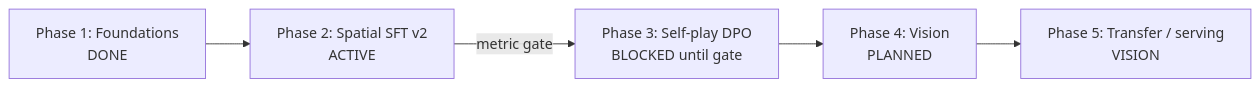
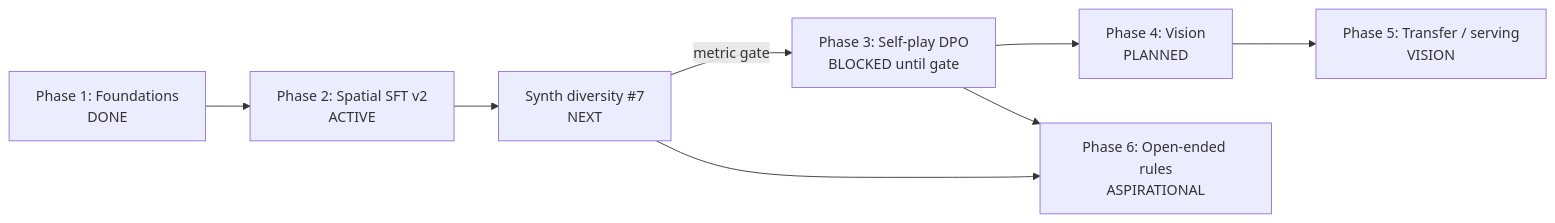
One commit to fritzprix/systemone-lite changed the second of 2 diagrams in docs/ROADMAP.md. Above: the diagram before and after it, drawn with Mermaid. The commit also changed other lines of this file and 84 other files, not shown here.

First line of the commit message:
Add Phase 2 spatial eval pipeline, synth diversity, and research notes.

````diff
--- a/docs/ROADMAP.md
+++ b/docs/ROADMAP.md
@@ -28,7 +67,10 @@
 ```mermaid
 flowchart LR
     P1["Phase 1: Foundations<br/>DONE"] --> P2["Phase 2: Spatial SFT v2<br/>ACTIVE"]
-    P2 -->|"metric gate"| P3["Phase 3: Self-play DPO<br/>BLOCKED until gate"]
+    P2 --> S7["Synth diversity #7<br/>NEXT"]
+    S7 -->|"metric gate"| P3["Phase 3: Self-play DPO<br/>BLOCKED until gate"]
     P3 --> P4["Phase 4: Vision<br/>PLANNED"]
+    S7 --> P6["Phase 6: Open-ended rules<br/>ASPIRATIONAL"]
+    P3 --> P6
     P4 --> P5["Phase 5: Transfer / serving<br/>VISION"]
 ```
````
